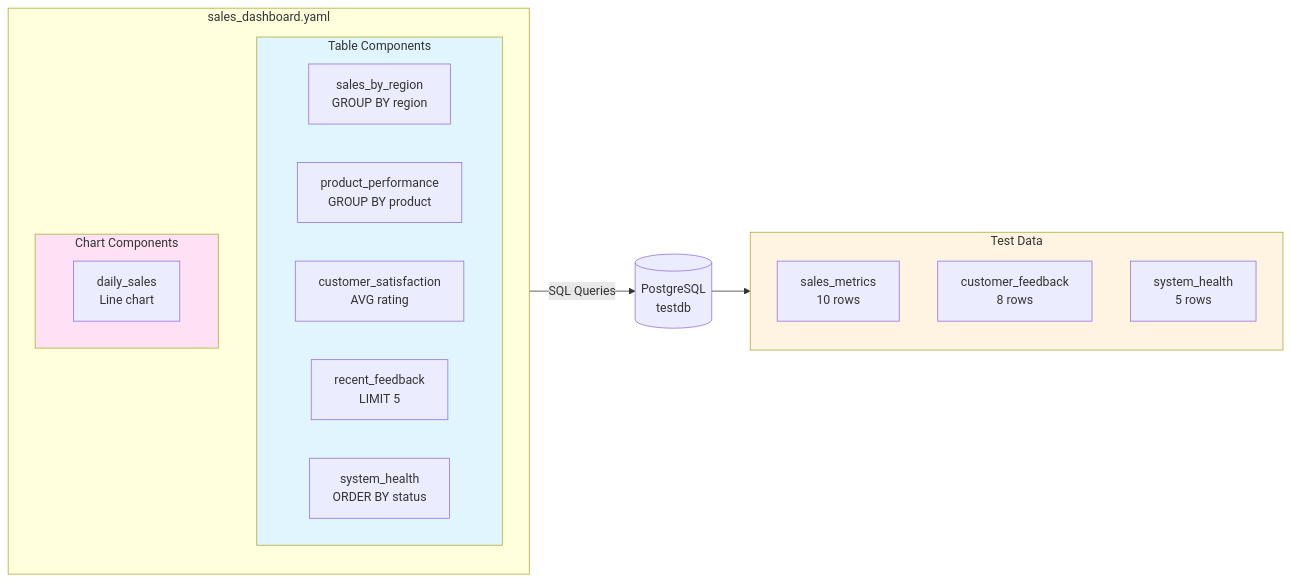
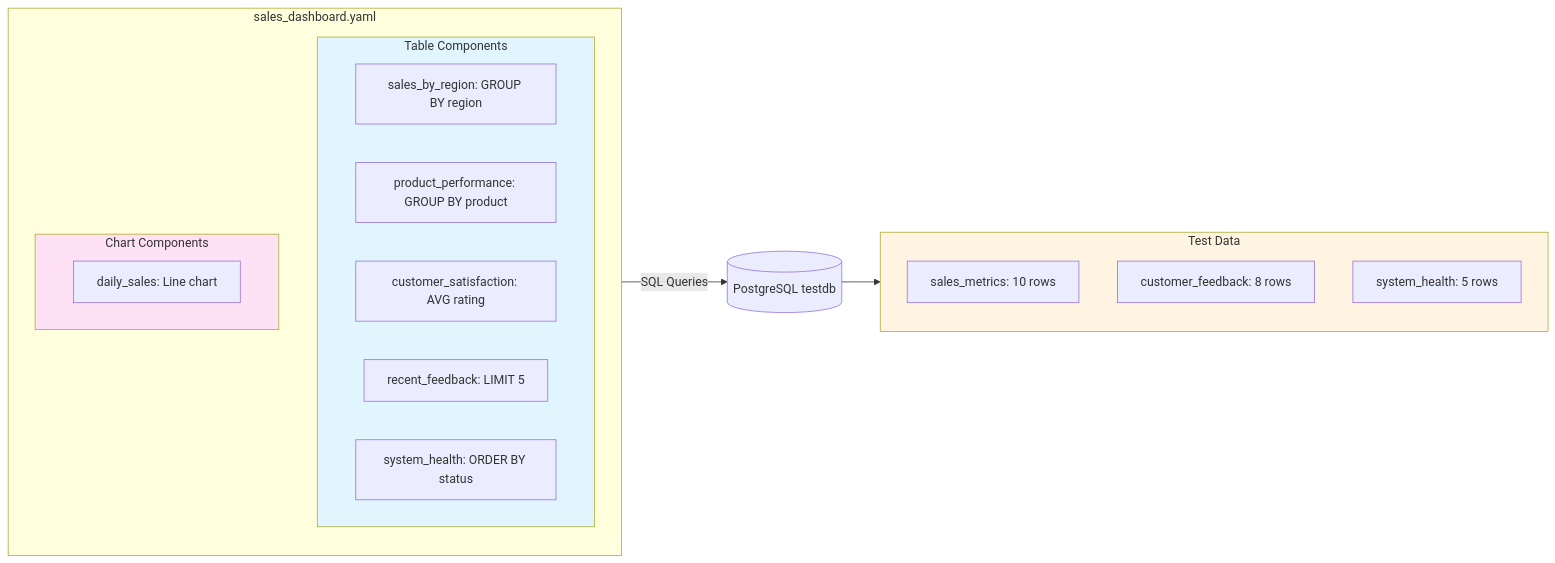
The third of 9 diagrams in docs/reference/integration-test-architecture.md (idev-hub/QueryHub), drawn with Mermaid before and after one commit. The commit also changed other lines of this file and 1 other file, not shown here.

Commit message:
fix(docs): Improve clarity of mermaid diagrams in architecture documentation

````diff
--- a/docs/reference/integration-test-architecture.md
+++ b/docs/reference/integration-test-architecture.md
@@ -112,30 +113,30 @@
 ```mermaid
 graph LR
     subgraph Report["sales_dashboard.yaml"]
         subgraph Tables["Table Components"]
-            sales_region[sales_by_region<br/>GROUP BY region]
-            product_perf[product_performance<br/>GROUP BY product]
-            cust_sat[customer_satisfaction<br/>AVG rating]
-            feedback[recent_feedback<br/>LIMIT 5]
-            health[system_health<br/>ORDER BY status]
+            sales_region["sales_by_region: GROUP BY region"]
+            product_perf["product_performance: GROUP BY product"]
+            cust_sat["customer_satisfaction: AVG rating"]
+            feedback["recent_feedback: LIMIT 5"]
+            health["system_health: ORDER BY status"]
         end
         
         subgraph Charts["Chart Components"]
-            daily[daily_sales<br/>Line chart]
+            daily["daily_sales: Line chart"]
         end
     end
     
-    Report -->|SQL Queries| PG[(PostgreSQL<br/>testdb)]
+    Report -->|"SQL Queries"| PG[("PostgreSQL testdb")]
     
     PG --> Data
     
     subgraph Data["Test Data"]
-        sm[sales_metrics<br/>10 rows]
-        cf[customer_feedback<br/>8 rows]
-        sh[system_health<br/>5 rows]
+        sm["sales_metrics: 10 rows"]
+        cf["customer_feedback: 8 rows"]
+        sh["system_health: 5 rows"]
     end
     
     style Tables fill:#e1f5ff
     style Charts fill:#ffe1f5
     style Data fill:#fff4e1
 ```
````
